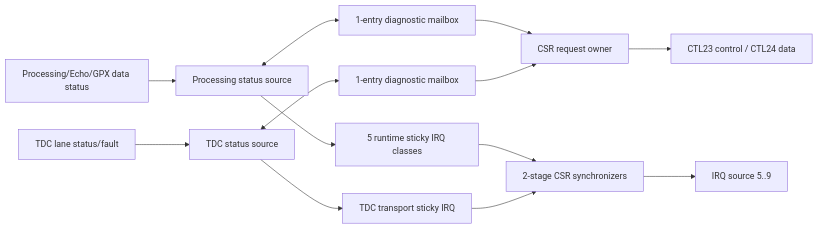
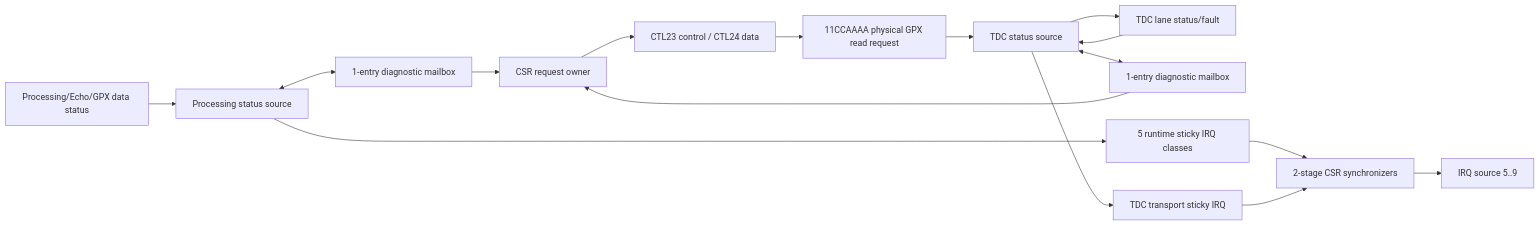
One commit to haneulia/tdc_gpx_ctrl changed the diagram in system_integration/v2_architecture/V2_CHECKPOINT_K0_8_STATUS_IRQ_SINGLE_OWNER_KO.md. Above: the diagram before and after it, drawn with Mermaid. The commit also changed other lines of this file and 72 other files, not shown here.

Commit message:
feat: add physical GPX register readback

````diff
--- a/system_integration/v2_architecture/V2_CHECKPOINT_K0_8_STATUS_IRQ_SINGLE_OWNER_KO.md
+++ b/system_integration/v2_architecture/V2_CHECKPOINT_K0_8_STATUS_IRQ_SINGLE_OWNER_KO.md
@@ -22,15 +23,18 @@
 ```mermaid
 flowchart LR
     P["Processing/Echo/GPX data status"] --> PS["Processing status source"]
     T["TDC lane status/fault"] --> TS["TDC status source"]
     PS <--> PM["1-entry diagnostic mailbox"]
     TS <--> TM["1-entry diagnostic mailbox"]
     PM --> OWN["CSR request owner"]
     TM --> OWN
     OWN --> PORTAL["CTL23 control / CTL24 data"]
     PS --> PI["5 runtime sticky IRQ classes"]
     TS --> TI["TDC transport sticky IRQ"]
     PI --> SYNC["2-stage CSR synchronizers"]
     TI --> SYNC
     SYNC --> IRQ["IRQ source 5..9"]
+    PORTAL --> PR["11CCAAAA physical GPX read request"]
+    PR --> TS
+    TS --> T
 ```
````
